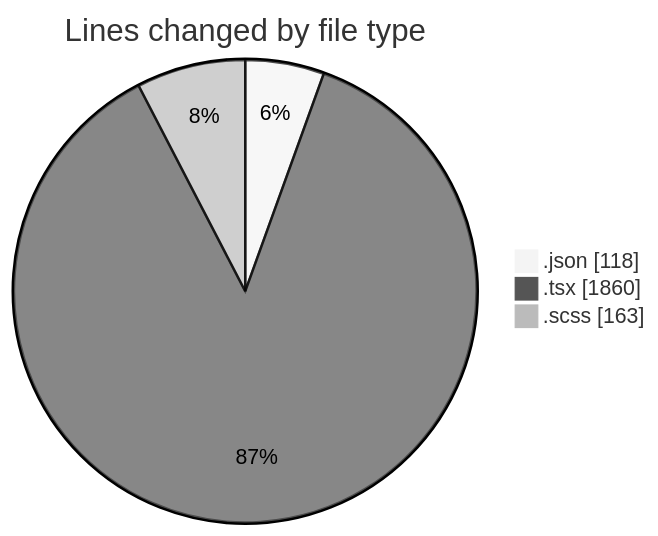
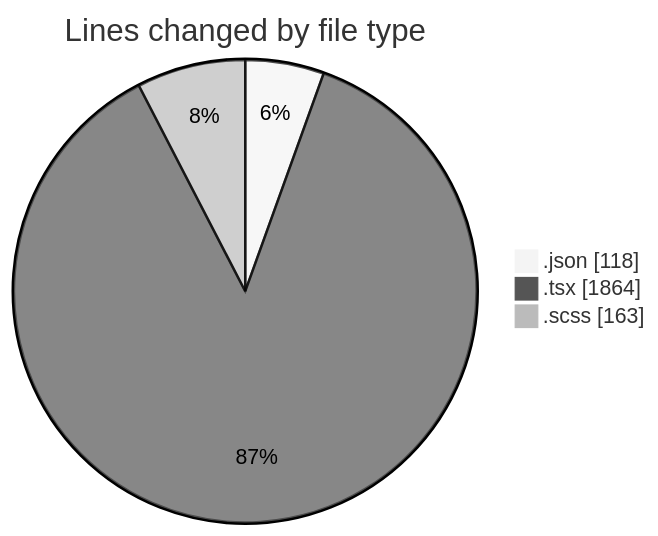
One commit to momahboobian/code-tracking changed the first of 2 diagrams in 2025-11-19/cda/README.md. Above: the diagram before and after it, drawn with Mermaid (neutral theme). The commit also changed other lines of this file and 1 other file, not shown here.

````diff
--- a/2025-11-19/cda/README.md
+++ b/2025-11-19/cda/README.md
@@ -23,7 +23,7 @@
 ```mermaid
 pie showData
 title Lines changed by file type
 ".json" : 118
-".tsx" : 1860
+".tsx" : 1864
 ".scss" : 163
 ```
````
